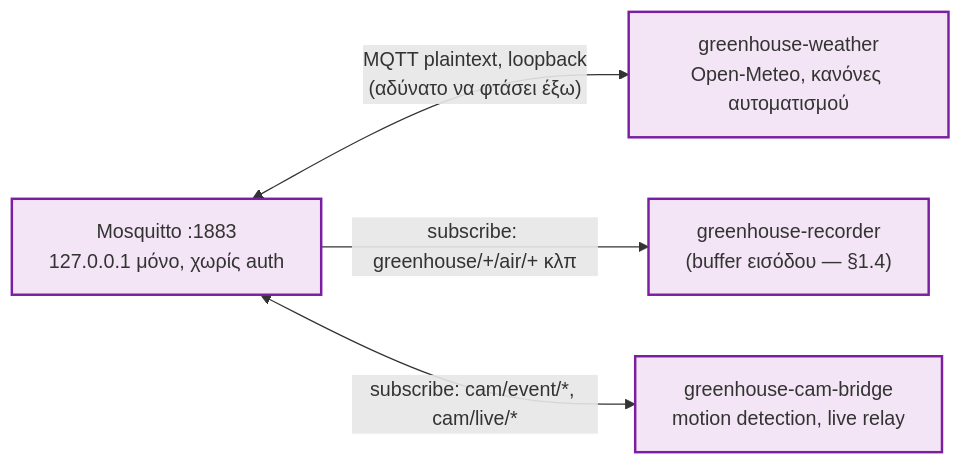
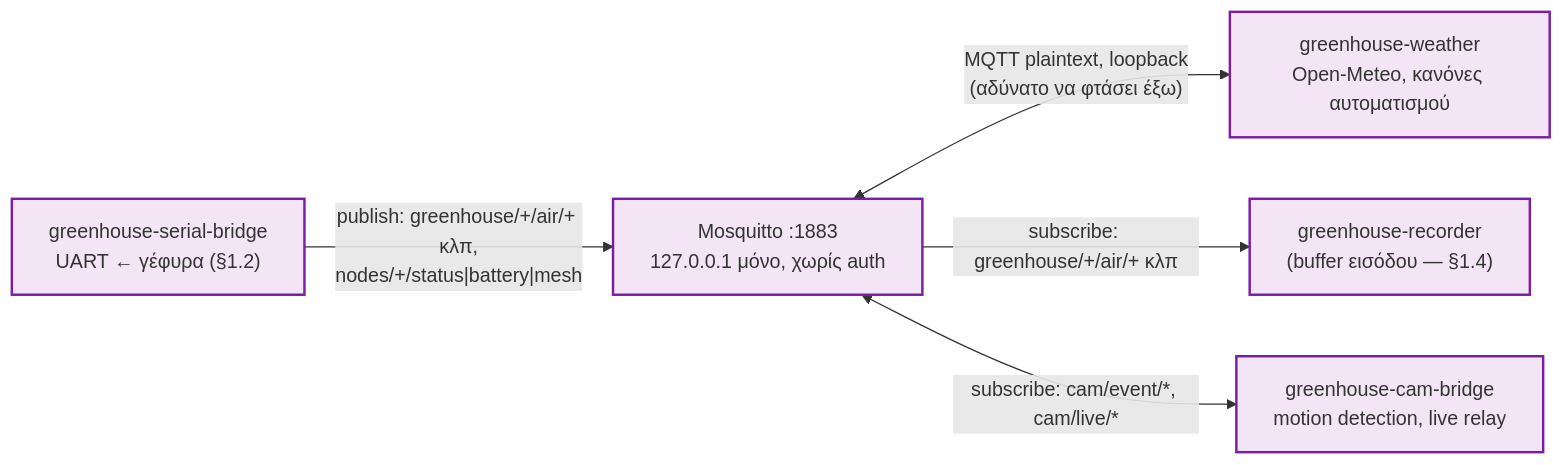
One commit to vtsitotas/GreenHouse changed the third of 8 diagrams in docs/ARCHITECTURE.md. Above: the diagram before and after it, drawn with Mermaid. The commit also changed other lines of this file and 4 other files, not shown here.

First line of the commit message:
docs: sync architecture/technical docs with the UART bridge implementation

````diff
--- a/docs/ARCHITECTURE.md
+++ b/docs/ARCHITECTURE.md
@@ -96,13 +99,15 @@
 ```mermaid
 flowchart LR
     classDef sw fill:#f3e5f5,stroke:#7b1fa2,stroke-width:2px;
 
+    SerialBridge["greenhouse-serial-bridge<br/>UART ← γέφυρα (§1.2)"]:::sw
     Broker["Mosquitto :1883<br/>127.0.0.1 μόνο, χωρίς auth"]:::sw
     Weather["greenhouse-weather<br/>Open-Meteo, κανόνες αυτοματισμού"]:::sw
     RecEntry["greenhouse-recorder<br/>(buffer εισόδου — §1.4)"]:::sw
     CamBridge["greenhouse-cam-bridge<br/>motion detection, live relay"]:::sw
 
+    SerialBridge -->|"publish: greenhouse/+/air/+ κλπ,<br/>nodes/+/status|battery|mesh"| Broker
     Broker <-->|"MQTT plaintext, loopback<br/>(αδύνατο να φτάσει έξω)"| Weather
     Broker -->|"subscribe: greenhouse/+/air/+ κλπ"| RecEntry
     Broker <-->|"subscribe: cam/event/*, cam/live/*"| CamBridge
 ```
````
